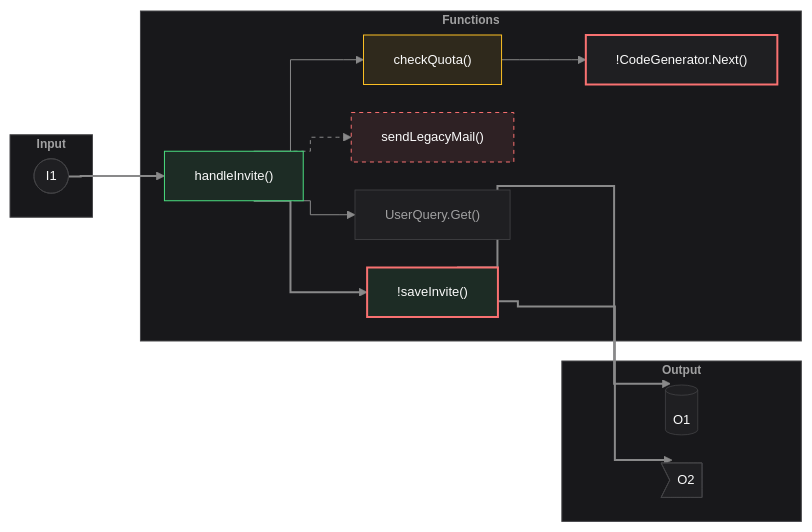
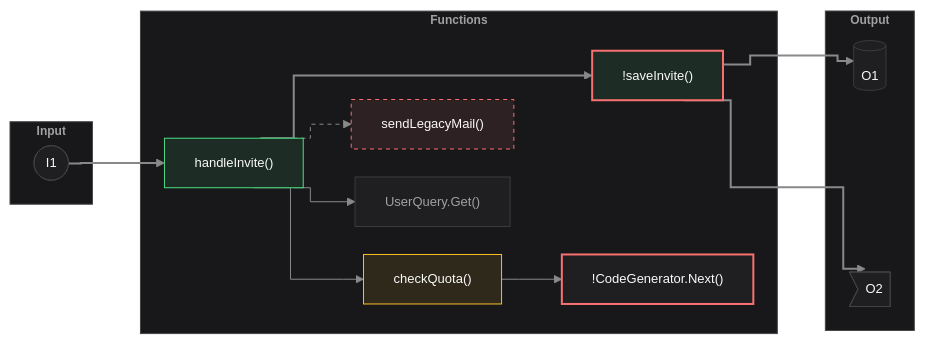
The third of 17 diagrams in docs/samples/craft-themes.md (gagoar/pr-brief), drawn with Mermaid before and after one commit. The commit also changed other lines of this file, not shown here.

````diff
--- a/docs/samples/craft-themes.md
+++ b/docs/samples/craft-themes.md
@@ -108,39 +114,41 @@
 ```mermaid
 %%{init: {"theme":"base","flowchart":{"curve":"step","nodeSpacing":28,"rankSpacing":48,"diagramPadding":40},"themeVariables":{"darkMode":true,"background":"#18181B","fontFamily":"Inter, Helvetica, Arial","fontSize":"13px","dropShadow":"none","primaryColor":"#1f1f22","primaryTextColor":"#FAFAFA","primaryBorderColor":"#454548","nodeTextColor":"#FAFAFA","textColor":"#FAFAFA","mainBkg":"#1f1f22","nodeBorder":"#454548","lineColor":"#89898a","clusterBkg":"#18181B","clusterBorder":"#454548","titleColor":"#a0a0a1","edgeLabelBackground":"#18181B"}}}%%
 graph LR
   subgraph IN["Input"]
     I1(["I1"])
   end
   subgraph FN["Functions"]
     F1["handleInvite()"]:::added
     F2["checkQuota()"]:::modified
     F3["sendLegacyMail()"]:::removed
     F4["UserQuery.Get()"]:::context
     F5["!CodeGenerator.Next()"]:::risk
     F6["!saveInvite()"]:::riskadded
   end
   subgraph OUT["Output"]
     O1[("O1")]
     O2>"O2"]
   end
   I1 ==> F1
   F1 --> F2
   F1 --> F4
   F2 --> F5
   F1 ==> F6
   F1 -.-> F3
   F6 ==> O1
   F6 ==> O2
+  F5 ~~~ O1
+  F5 ~~~ O2
   classDef default fill:#1f1f22,stroke:#454548,stroke-width:0.75px,color:#FAFAFA,font-weight:500
   classDef added fill:#1d2c25,stroke:#4ade80,stroke-width:1px,color:#FAFAFA,font-weight:500
   classDef modified fill:#2f291c,stroke:#fbbf24,stroke-width:1px,color:#FAFAFA,font-weight:500
   classDef removed fill:#2e2124,stroke:#f87171,stroke-width:1px,stroke-dasharray:4 4,color:#FAFAFA,font-weight:500
   classDef context fill:#1f1f22,stroke:#454548,stroke-width:0.75px,color:#a0a0a1,font-weight:500
   classDef risk fill:#1f1f22,stroke:#f87171,stroke-width:2px,color:#FAFAFA,font-weight:500
   classDef riskadded fill:#1d2c25,stroke:#f87171,stroke-width:2px,color:#FAFAFA,font-weight:500
   classDef zone fill:#18181B,stroke:#454548,stroke-width:1px,color:#a0a0a1,font-weight:600,font-size:12px
   class IN,FN,OUT zone
-  linkStyle default stroke:#89898a,stroke-width:1px
+  linkStyle 1,2,3 stroke:#89898a,stroke-width:1px
   linkStyle 0,4,6,7 stroke:#89898a,stroke-width:2px
   linkStyle 5 stroke:#89898a,stroke-width:1px,stroke-dasharray:4 4
 ```
````
